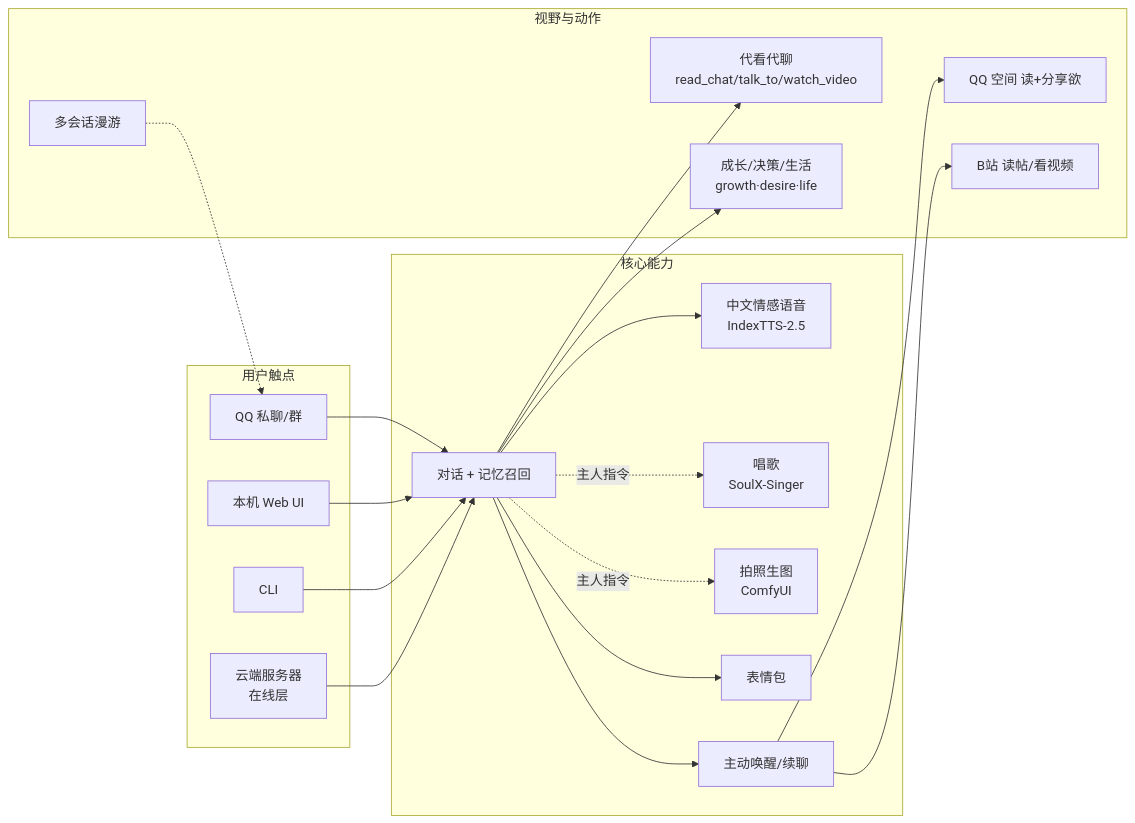
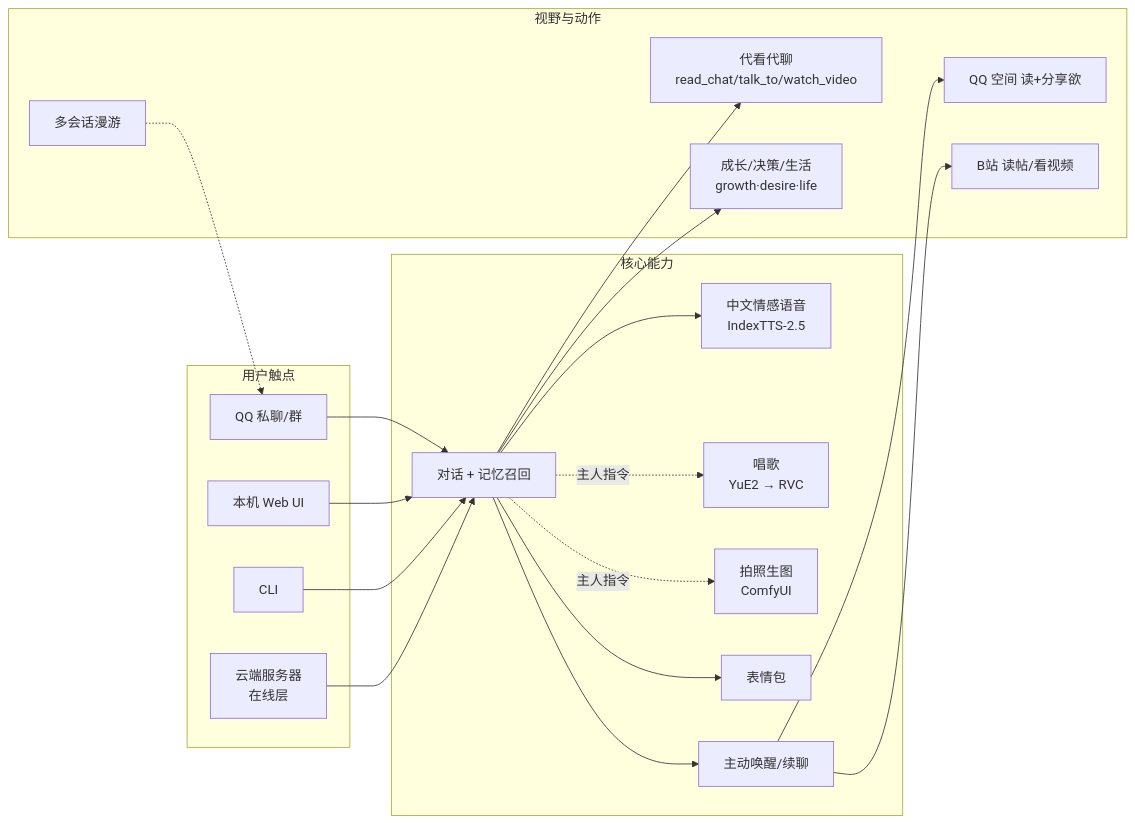
One commit to sunshine1155665/- changed the first of 4 diagrams in docs/overview/project-map.md. Above: the diagram before and after it, drawn with Mermaid. The commit also changed other lines of this file and 147 other files, not shown here.

Commit message:
release: 2026-11-20 production cleanup (YuE2/RVC, ModelScope, schema v17)

````diff
--- a/docs/overview/project-map.md
+++ b/docs/overview/project-map.md
@@ -90,34 +90,34 @@
 ```mermaid
 graph LR
     subgraph 用户触点
         QQ[QQ 私聊/群]
         WEB[本机 Web UI]
         CLI[CLI]
         CLOUD[云端服务器<br>在线层]
     end
     subgraph 核心能力
         CHAT[对话 + 记忆召回]
         VOICE[中文情感语音<br>IndexTTS-2.5]
-        SING[唱歌<br>SoulX-Singer]
+        SING[唱歌<br>YuE2 → RVC]
         PHOTO[拍照生图<br>ComfyUI]
         STICKER[表情包]
         PROACT[主动唤醒/续聊]
     end
     subgraph 视野与动作
         QZONE[QQ 空间 读+分享欲]
         BILI[B站 读帖/看视频]
         ROAM[多会话漫游]
         FORYOU[代看代聊<br>read_chat/talk_to/watch_video]
         GROW[成长/决策/生活<br>growth·desire·life]
     end
     QQ --> CHAT
     WEB --> CHAT
     CLI --> CHAT
     CLOUD --> CHAT
     CHAT --> VOICE & STICKER & PROACT
     CHAT --> FORYOU
     PROACT --> BILI & QZONE
     ROAM -.-> QQ
     CHAT --> GROW
     CHAT -. 主人指令 .-> SING & PHOTO
 ```
````
